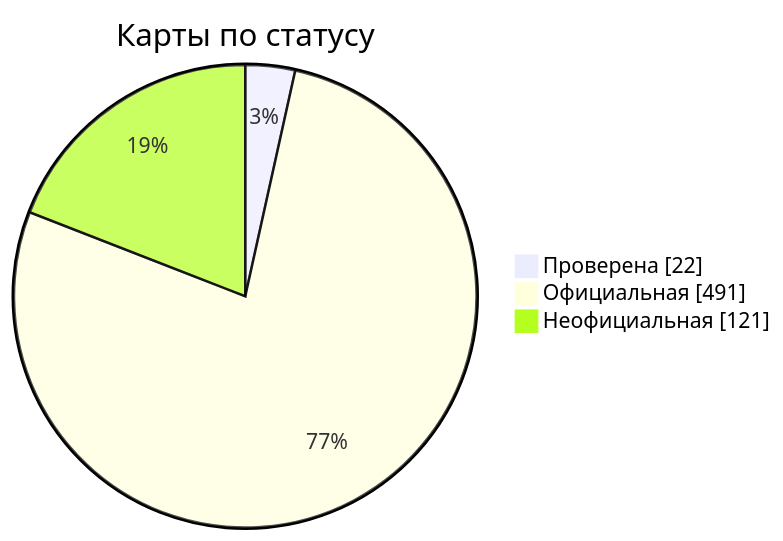
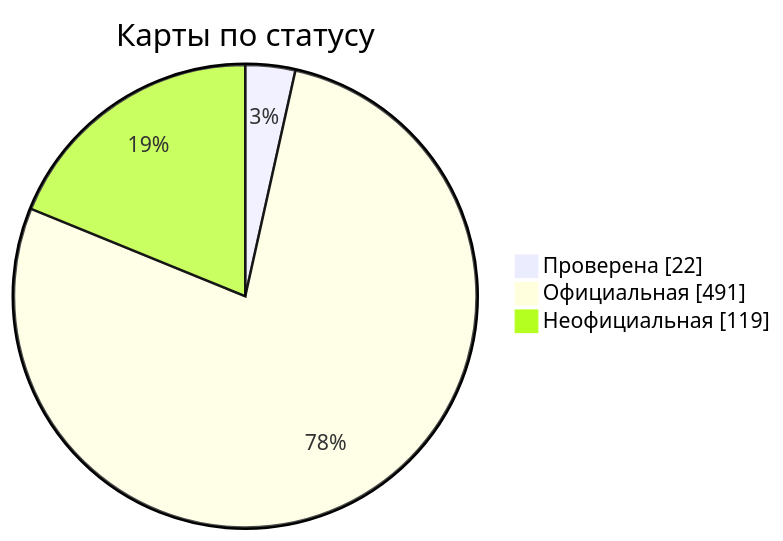
The diagram in docs/readme/README_RU.md (nobrega8/mbmap-library), drawn with Mermaid before and after one commit. The commit also changed 9 other files, not shown here.

````diff
--- a/docs/readme/README_RU.md
+++ b/docs/readme/README_RU.md
@@ -54,7 +54,7 @@
 ```mermaid
 pie showData
     title Карты по статусу
     "Проверена" : 22
     "Официальная" : 491
-    "Неофициальная" : 121
+    "Неофициальная" : 119
 ```
````
